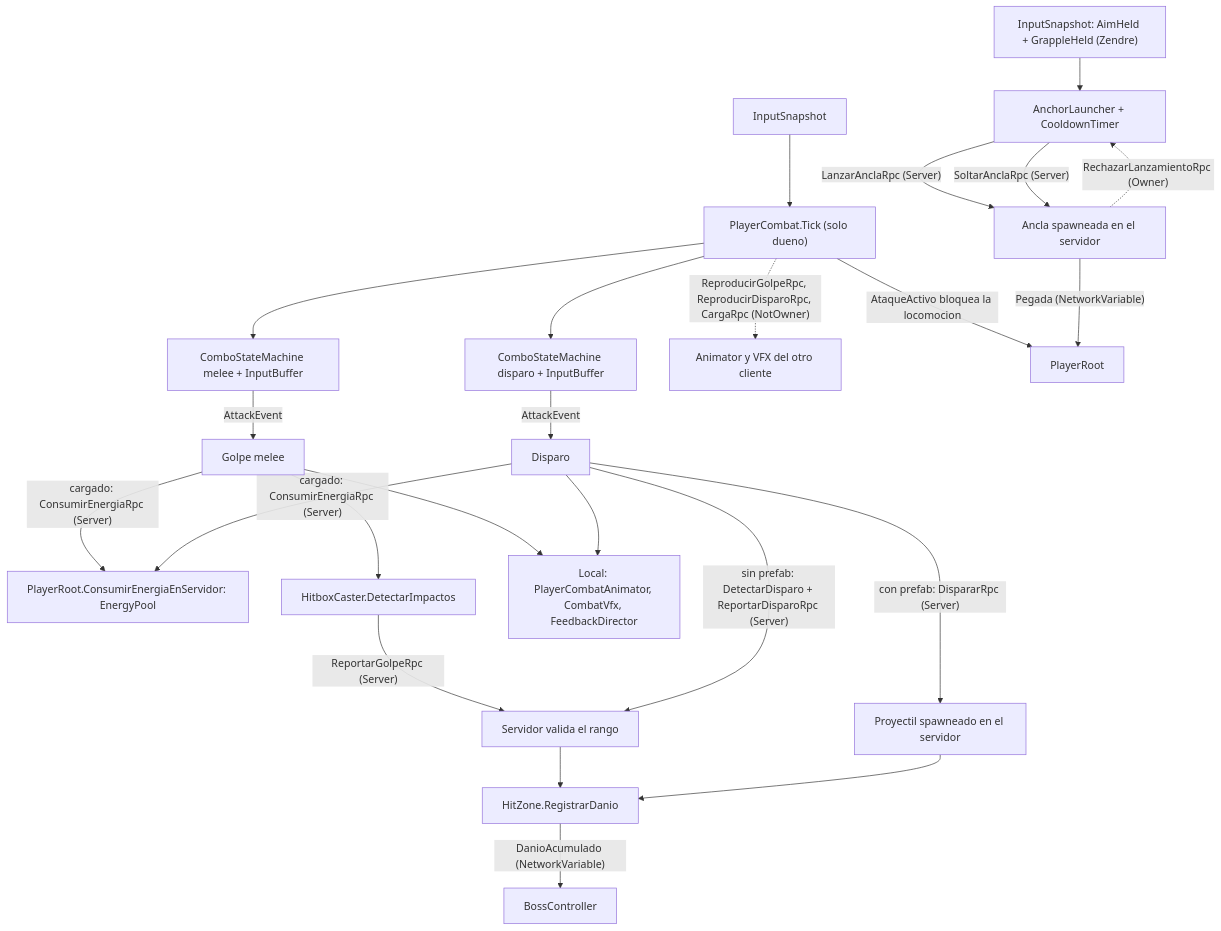
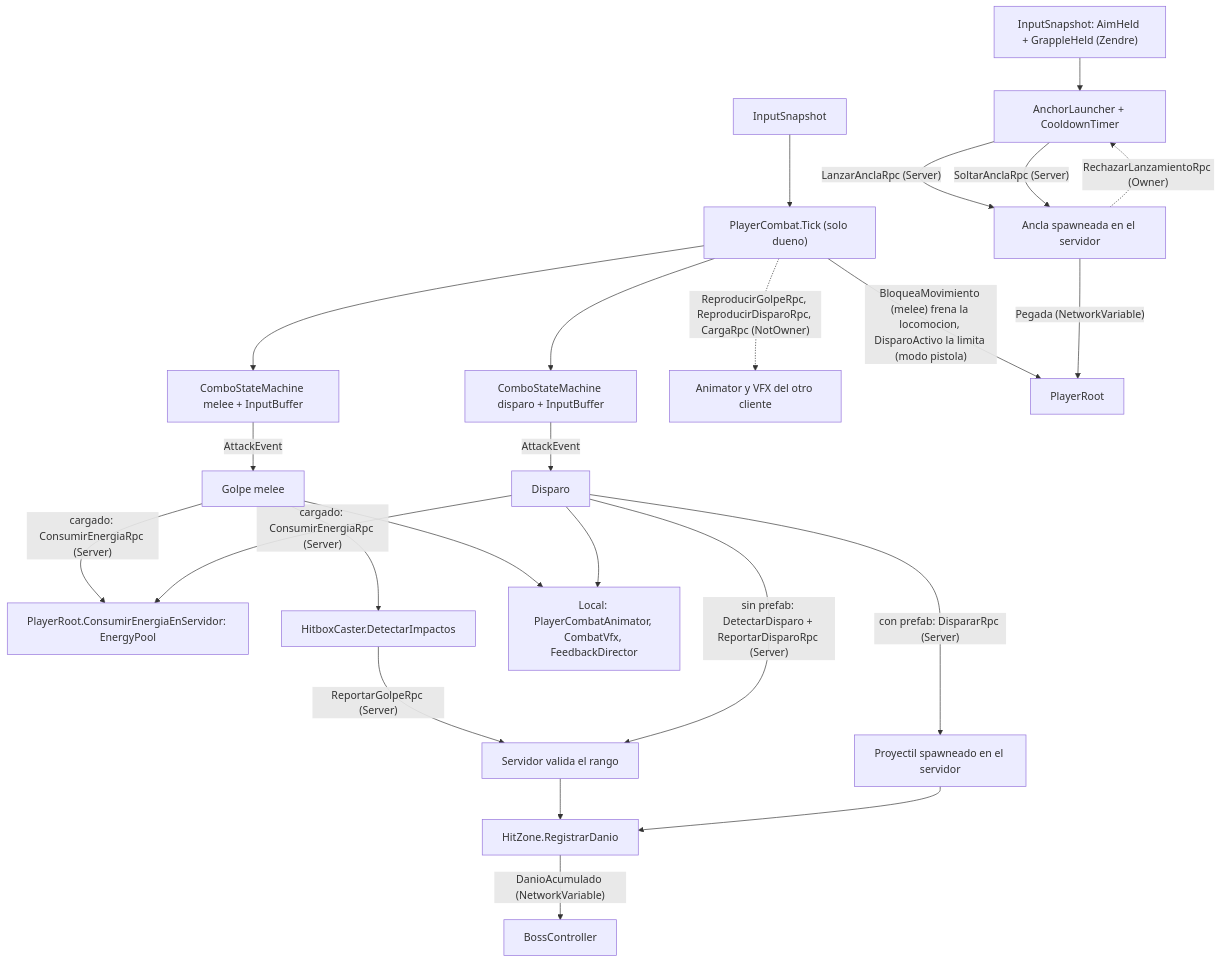
Before and after one commit to VicBojoDev10/DeathOfMeaningRepo: the diagram in docs/diagrams/combat.mermaid, drawn with Mermaid. The commit also changed 1 other file, not shown here.

Commit message:
doc: update diagrams for pistol mode movement

```diff
--- a/docs/diagrams/combat.mermaid
+++ b/docs/diagrams/combat.mermaid
@@ -1,24 +1,24 @@
 flowchart TD
     IN[InputSnapshot] --> PC["PlayerCombat.Tick (solo dueno)"]
     PC --> MEL["ComboStateMachine melee + InputBuffer"]
     PC --> RNG["ComboStateMachine disparo + InputBuffer"]
     MEL -->|AttackEvent| GOLPE[Golpe melee]
     RNG -->|AttackEvent| DISP[Disparo]
     GOLPE -->|"cargado: ConsumirEnergiaRpc (Server)"| EN["PlayerRoot.ConsumirEnergiaEnServidor: EnergyPool"]
     DISP -->|"cargado: ConsumirEnergiaRpc (Server)"| EN
     GOLPE --> HB[HitboxCaster.DetectarImpactos]
     HB -->|"ReportarGolpeRpc (Server)"| VAL[Servidor valida el rango]
     DISP -->|"con prefab: DispararRpc (Server)"| PROY[Proyectil spawneado en el servidor]
     DISP -->|"sin prefab: DetectarDisparo + ReportarDisparoRpc (Server)"| VAL
     VAL --> HZ[HitZone.RegistrarDanio]
     PROY --> HZ
     HZ -->|"DanioAcumulado (NetworkVariable)"| BOSS[BossController]
     GOLPE --> LOCAL["Local: PlayerCombatAnimator, CombatVfx, FeedbackDirector"]
     DISP --> LOCAL
     PC -.->|"ReproducirGolpeRpc, ReproducirDisparoRpc, CargaRpc (NotOwner)"| REM[Animator y VFX del otro cliente]
-    PC -->|AtaqueActivo bloquea la locomocion| ROOT[PlayerRoot]
+    PC -->|"BloqueaMovimiento (melee) frena la locomocion, DisparoActivo la limita (modo pistola)"| ROOT[PlayerRoot]
     INZ["InputSnapshot: AimHeld + GrappleHeld (Zendre)"] --> AL["AnchorLauncher + CooldownTimer"]
     AL -->|"LanzarAnclaRpc (Server)"| AN[Ancla spawneada en el servidor]
     AL -->|"SoltarAnclaRpc (Server)"| AN
     AN -.->|"RechazarLanzamientoRpc (Owner)"| AL
     AN -->|"Pegada (NetworkVariable)"| ROOT
```
